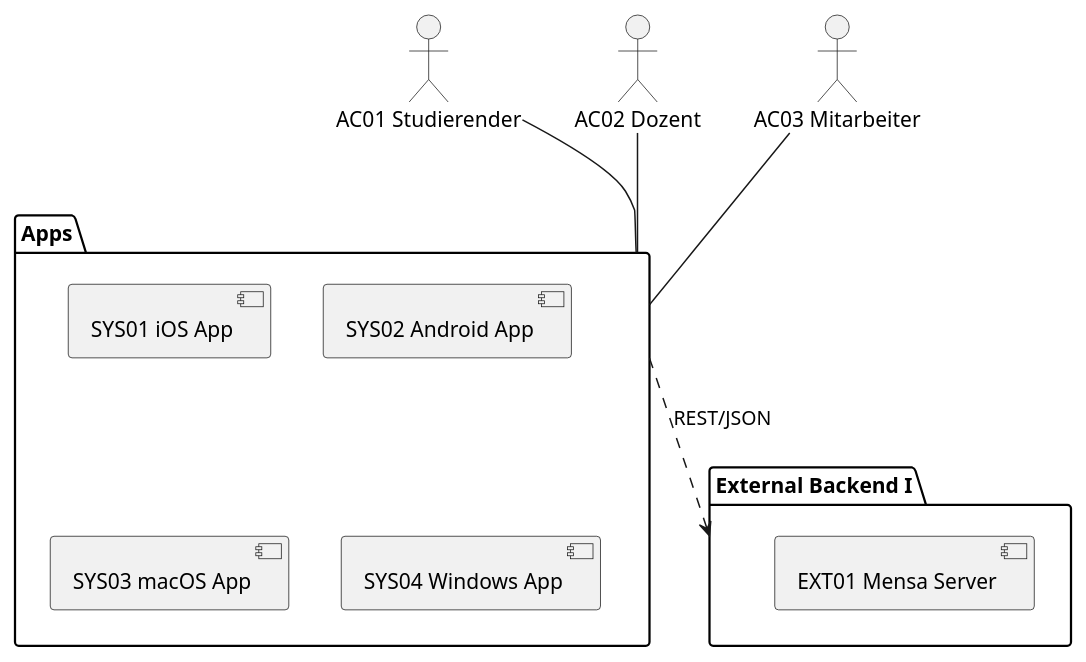
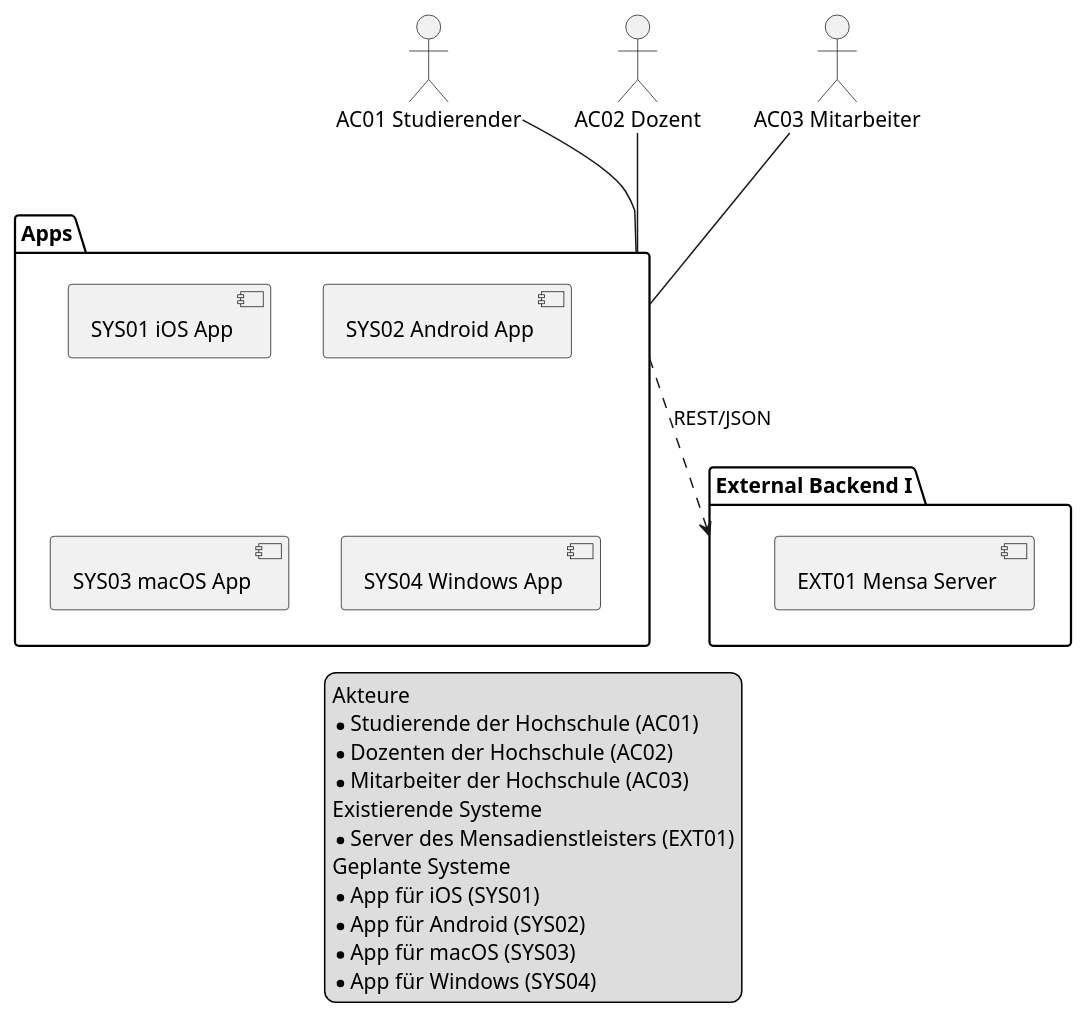
Before and after one commit to RobinNunkesser/plantuml: the diagram in KontextAlternativ.pu, drawn with PlantUML. The commit also changed 4 other files, not shown here.

```diff
--- a/KontextAlternativ.pu
+++ b/KontextAlternativ.pu
@@ -1,22 +1,36 @@
 @startuml
+
+legend
+Akteure
+* Studierende der Hochschule (AC01)
+* Dozenten der Hochschule (AC02)
+* Mitarbeiter der Hochschule (AC03)
+Existierende Systeme
+* Server des Mensadienstleisters (EXT01)
+Geplante Systeme
+* App für iOS (SYS01)
+* App für Android (SYS02)
+* App für macOS (SYS03)
+* App für Windows (SYS04)
+end legend
 
 actor :AC01 Studierender: as AC01
 actor :AC02 Dozent: as AC02
 actor :AC03 Mitarbeiter: as AC03
 
 package "Apps" as PAC01 {
   component [SYS01 iOS App] as SYS03
   component [SYS02 Android App] as SYS04
   component [SYS03 macOS App] as SYS07
   component [SYS04 Windows App] as SYS08
 }
 
 package "External Backend I" as PAC03 {
   component [EXT01 Mensa Server] as SYS05
 }
  
 AC01 -- PAC01
 AC02 -- PAC01
 AC03 -- PAC01
 PAC01 ..> PAC03 : REST/JSON
 @enduml
```
